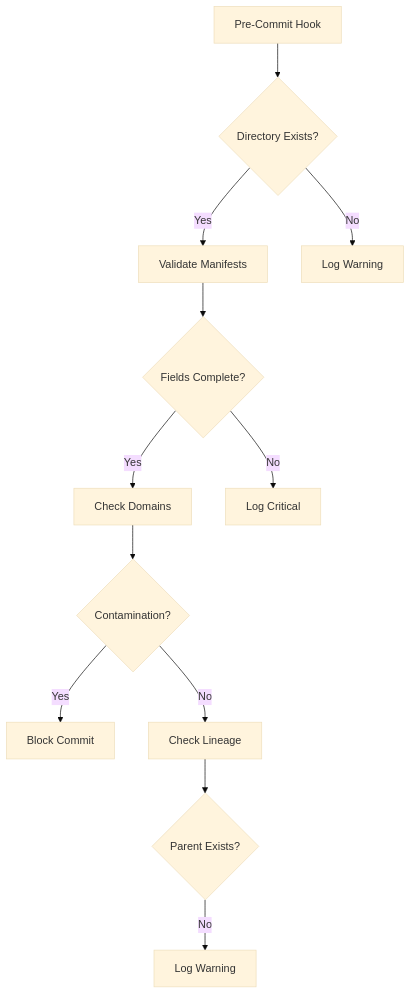
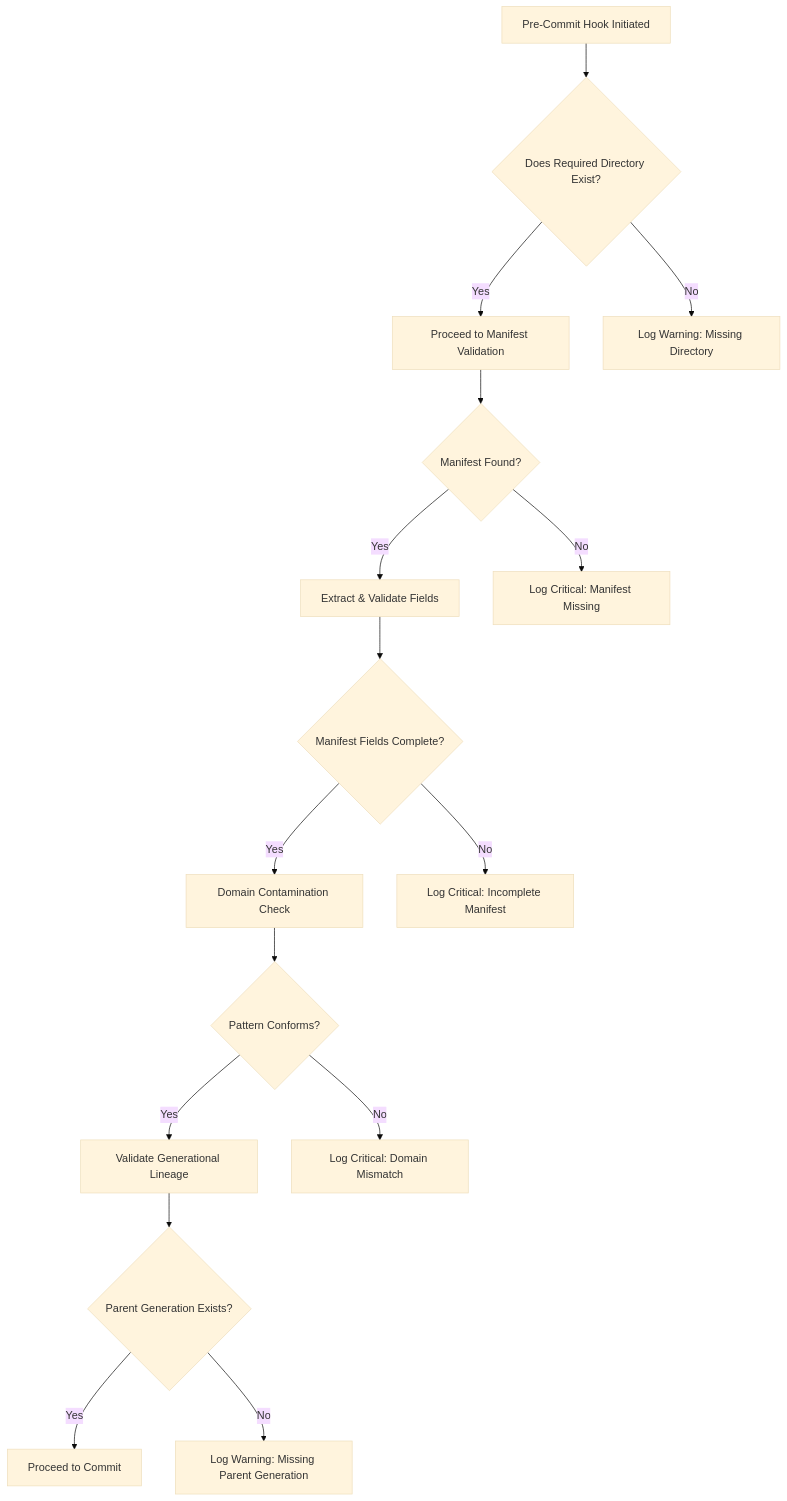
Before and after one commit to soyuz43/Symbolic-Grammar-Interpreter: the diagram in philosophy/docs/verification/trace_validation.md, drawn with Mermaid (base theme). The commit also changed other lines of this file, not shown here.

````diff
--- a/philosophy/docs/verification/trace_validation.md
+++ b/philosophy/docs/verification/trace_validation.md
@@ -3,14 +69,18 @@
 ```mermaid
 flowchart TD
-    A[Pre-Commit Hook] --> B{Directory Exists?}
-    B -->|Yes| C[Validate Manifests]
-    B -->|No| D[Log Warning]
-    C --> E{Fields Complete?}
-    E -->|Yes| F[Check Domains]
-    E -->|No| G[Log Critical]
-    F --> H{Contamination?}
-    H -->|Yes| I[Block Commit]
-    H -->|No| J[Check Lineage]
-    J --> K{Parent Exists?}
-    K -->|No| L[Log Warning]
+    A[Pre-Commit Hook Initiated] --> B{Does Required Directory Exist?}
+    B -->|Yes| C[Proceed to Manifest Validation]
+    B -->|No| D[Log Warning: Missing Directory]
+    C --> E{Manifest Found?}
+    E -->|Yes| F[Extract & Validate Fields]
+    E -->|No| G[Log Critical: Manifest Missing]
+    F --> H{Manifest Fields Complete?}
+    H -->|Yes| I[Domain Contamination Check]
+    H -->|No| J[Log Critical: Incomplete Manifest]
+    I --> K{Pattern Conforms?}
+    K -->|Yes| L[Validate Generational Lineage]
+    K -->|No| M[Log Critical: Domain Mismatch]
+    L --> N{Parent Generation Exists?}
+    N -->|Yes| O[Proceed to Commit]
+    N -->|No| P[Log Warning: Missing Parent Generation]
 ```
````
